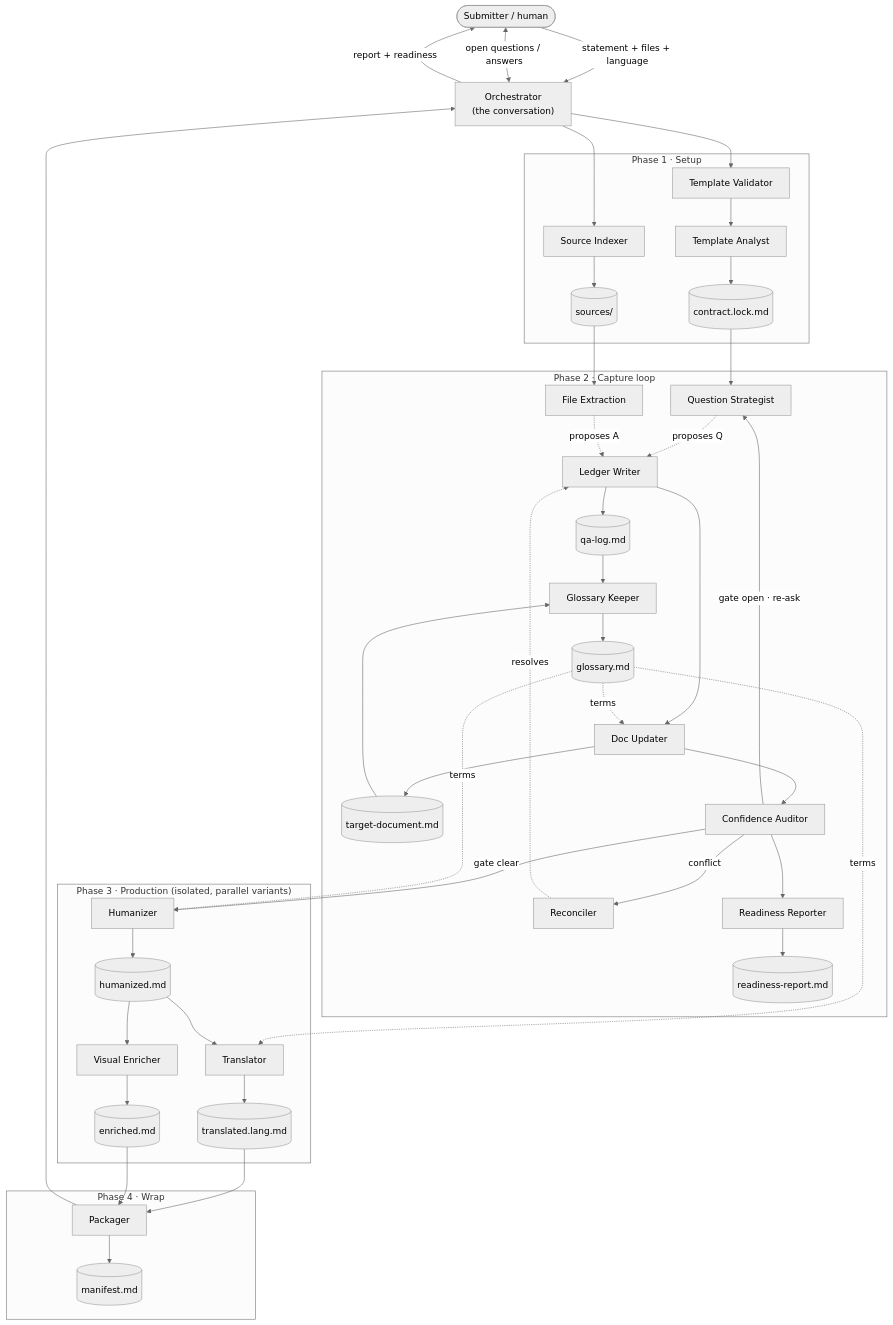
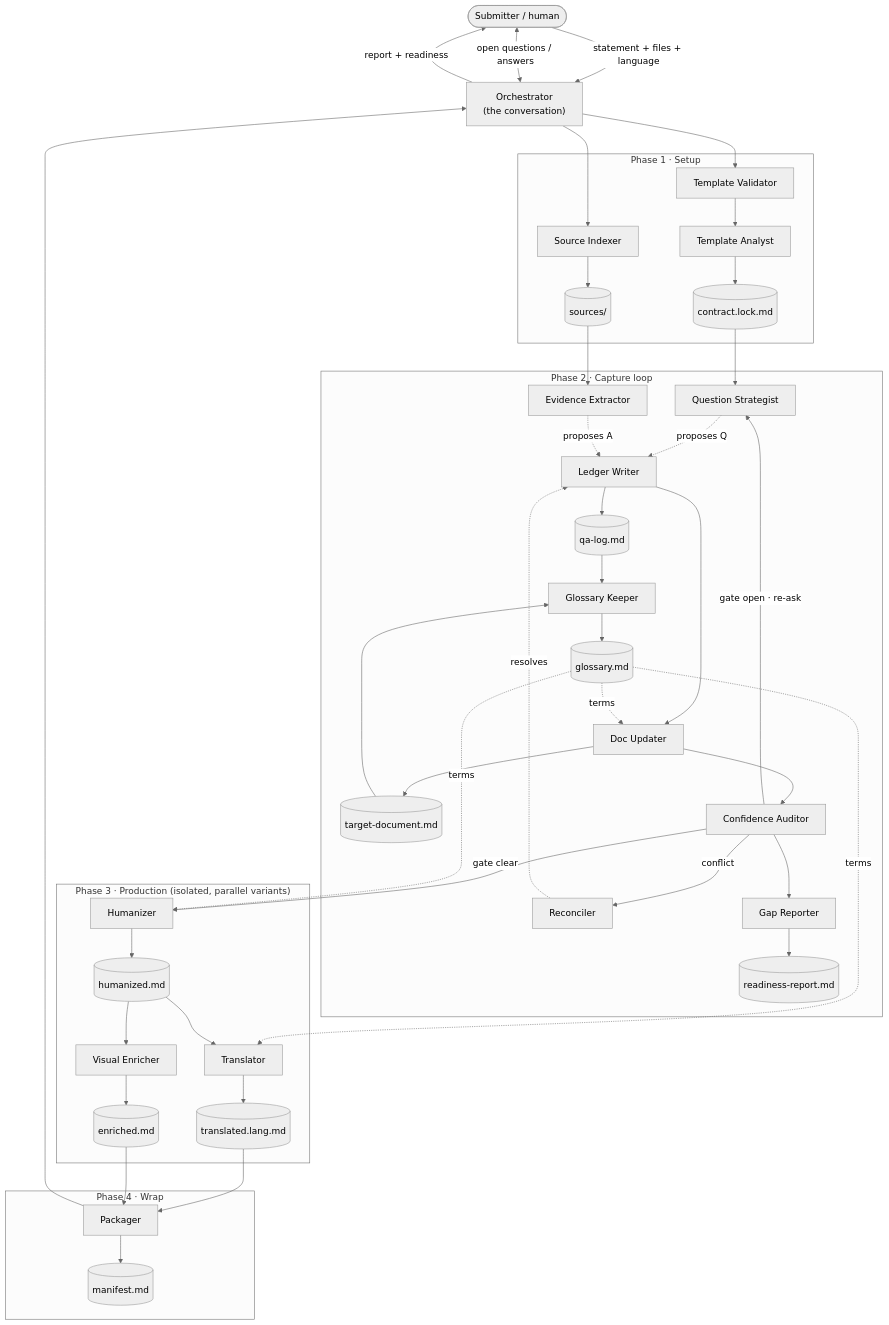
Before and after one commit to hugo-hsbtech/teamwork-process-marketplace: the diagram in README.md, drawn with Mermaid (neutral theme). The commit also changed other lines of this file and 90 other files, not shown here.

````diff
--- a/README.md
+++ b/README.md
@@ -90,59 +90,59 @@
 ```mermaid
 flowchart TD
     H(["Submitter / human"]) -->|" statement + files + language "| O["Orchestrator<br/>(the conversation)"]
 
     subgraph P1["Phase 1 · Setup"]
         TV["Template Validator"] --> TA["Template Analyst"]
         SI["Source Indexer"]
         TA --> CONTRACT[("contract.lock.md")]
         SI --> SRC[("sources/")]
     end
 
     O --> TV
     O --> SI
 
     subgraph P2["Phase 2 · Capture loop"]
         QS["Question Strategist"]
-        FE["File Extraction"]
+        FE["Evidence Extractor"]
         RC["Reconciler"]
         LW["Ledger Writer"] --> LEDGER[("qa-log.md")]
         DU["Doc Updater"] --> DOC[("target-document.md")]
         GK["Glossary Keeper"] --> GLOSS[("glossary.md")]
-        RR["Readiness Reporter"] --> REPORT[("readiness-report.md")]
+        RR["Gap Reporter"] --> REPORT[("readiness-report.md")]
         CA["Confidence Auditor"]
     end
 
     CONTRACT --> QS
     SRC --> FE
     QS -. proposes Q .-> LW
     FE -. proposes A .-> LW
     RC -. resolves .-> LW
     O <-->|" open questions / answers "| H
     LW --> DU --> CA
     CA -->|" gate open · re-ask "| QS
     CA -->|" conflict "| RC
     CA --> RR
     CA -->|" gate clear "| HU
     LEDGER --> GK
     DOC --> GK
     GLOSS -. terms .-> DU
     GLOSS -. terms .-> HU
     GLOSS -. terms .-> TR
 
     subgraph P3["Phase 3 · Production (isolated, parallel variants)"]
         HU["Humanizer"] --> HMD[("humanized.md")]
         TR["Translator"] --> TMD[("translated.lang.md")]
         VE["Visual Enricher"] --> EMD[("enriched.md")]
         HMD --> TR
         HMD --> VE
     end
 
     subgraph P4["Phase 4 · Wrap"]
         PK["Packager"] --> MAN[("manifest.md")]
     end
 
     TMD --> PK
     EMD --> PK
     PK --> O
     O -->|" report + readiness "| H
 ```
````
